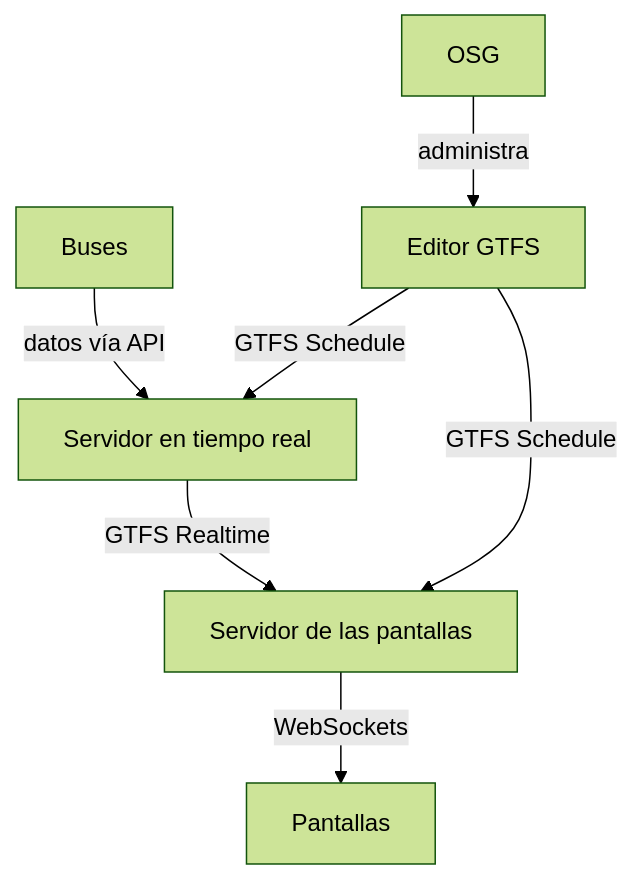
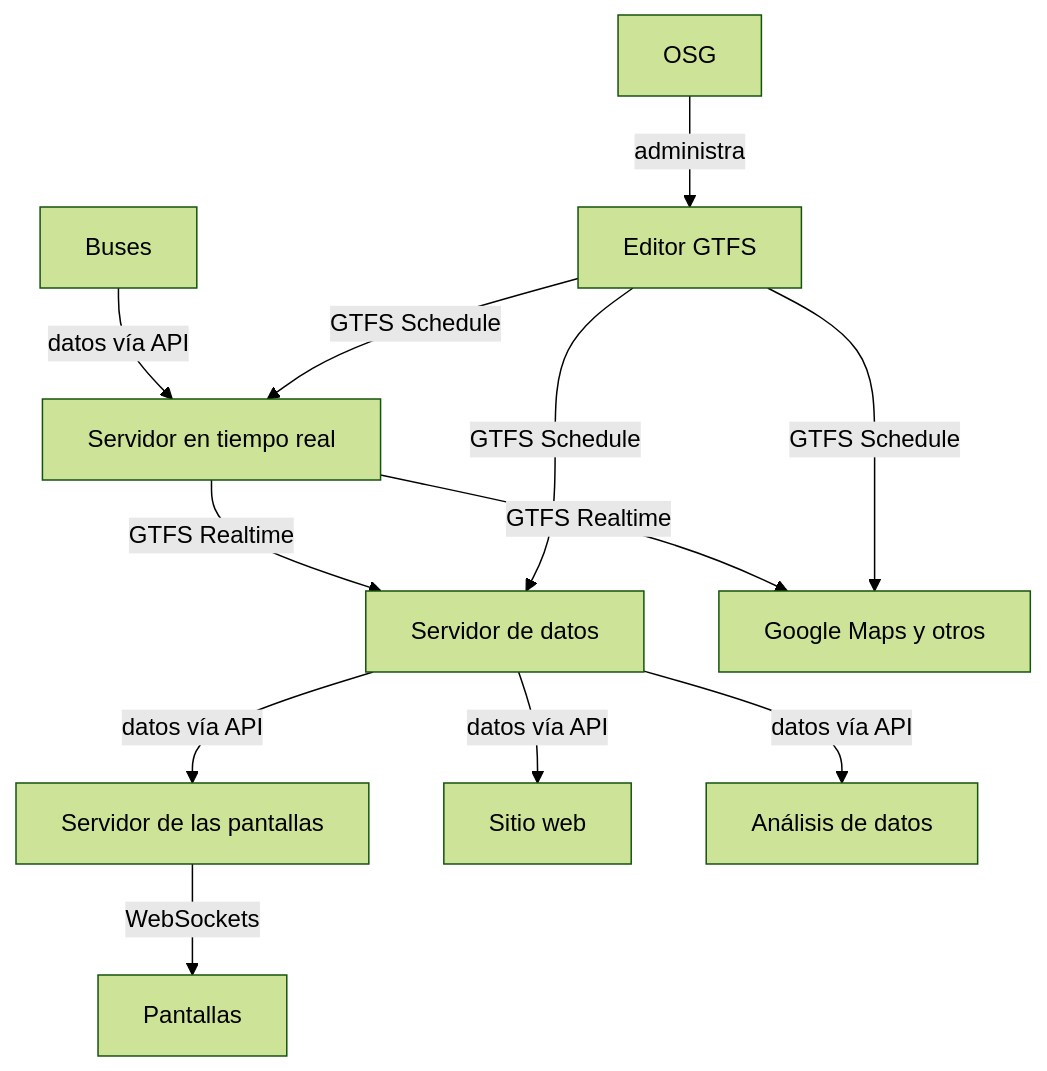
One commit to fabianabarca/puntocom changed the diagram in docs/accionsocial.md. Above: the diagram before and after it, drawn with Mermaid (forest theme). The commit also changed other lines of this file and 17 other files, not shown here.

````diff
--- a/docs/accionsocial.md
+++ b/docs/accionsocial.md
@@ -91,16 +91,25 @@
 ```mermaid
 flowchart TD
     B[Buses] 
     RT[Servidor en tiempo real]
-    APP[Servidor de las pantallas]
+    DH[Servidor de datos]
+    SC[Servidor de las pantallas]
+    GM[Google Maps y otros]
     S[Pantallas]
+    WS[Sitio web]
+    DA[Análisis de datos]
     GTFS[Editor GTFS]
     OSG[OSG]
 
     B -->|datos vía API| RT
-    RT -->|GTFS Realtime| APP
-    APP -->|WebSockets| S
+    RT -->|GTFS Realtime| DH
+    RT -->|GTFS Realtime| GM
+    OSG -->|administra| GTFS
     GTFS -->|GTFS Schedule| RT
-    GTFS -->|GTFS Schedule| APP
-    OSG -->|administra| GTFS
+    GTFS -->|GTFS Schedule| DH
+    GTFS -->|GTFS Schedule| GM
+    DH -->|datos vía API| SC
+    DH -->|datos vía API| DA
+    DH -->|datos vía API| WS
+    SC -->|WebSockets| S
 ```
````
